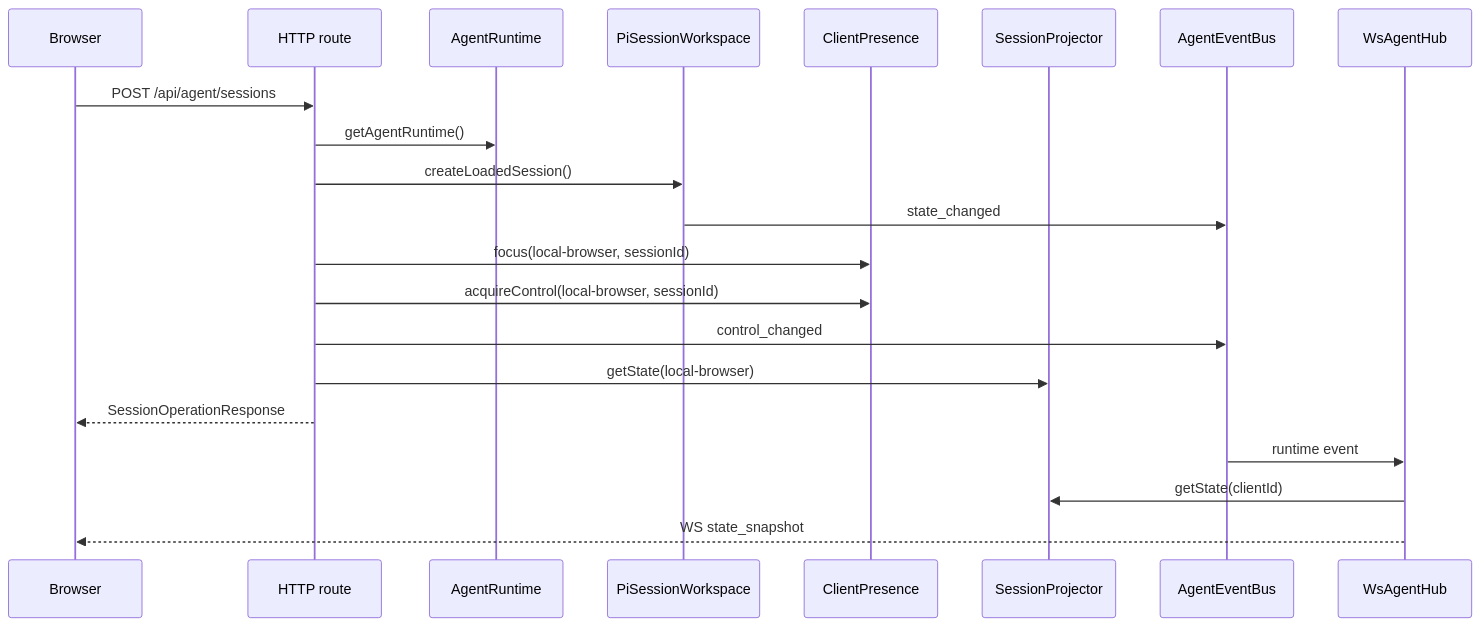
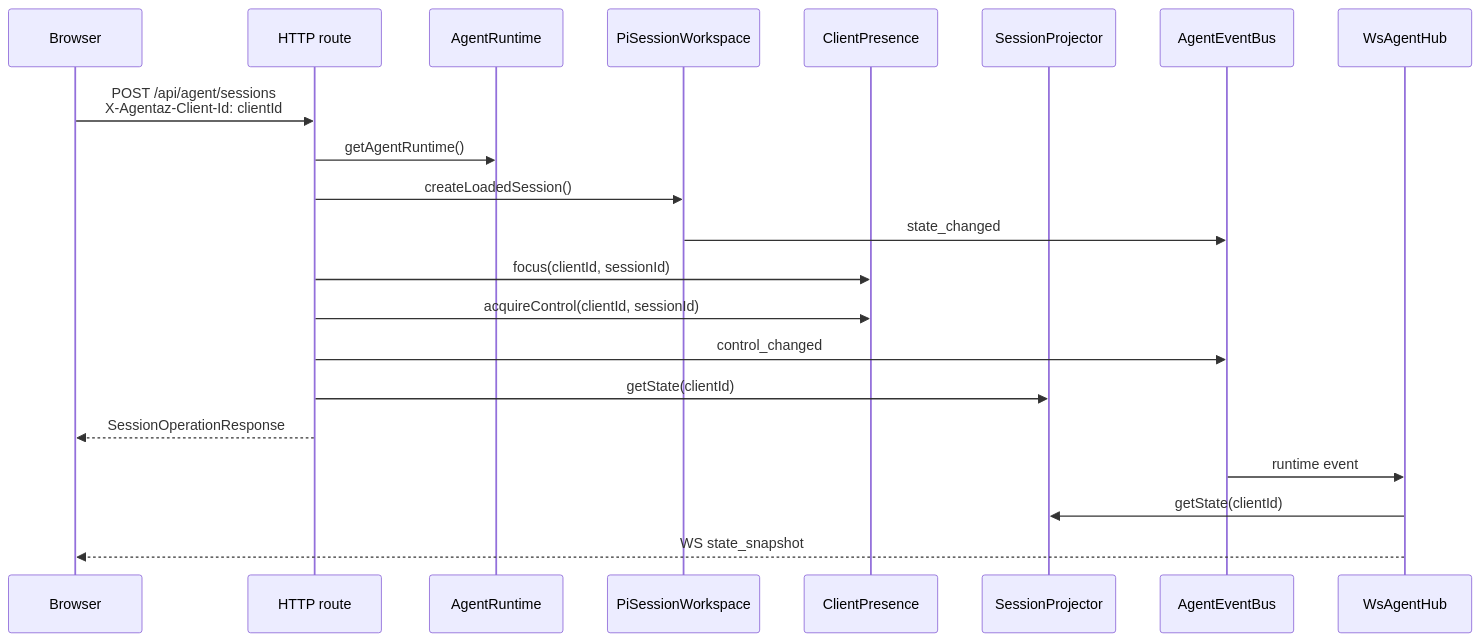
The fourth of 7 diagrams in docs/server-runtime-architecture.md (ZX-Ning/Agentaz), drawn with Mermaid before and after one commit. The commit also changed other lines of this file and 9 other files, not shown here.

````diff
--- a/docs/server-runtime-architecture.md
+++ b/docs/server-runtime-architecture.md
@@ -68,25 +91,25 @@
 ```mermaid
 sequenceDiagram
   participant Browser
   participant Route as HTTP route
   participant Runtime as AgentRuntime
   participant Workspace as PiSessionWorkspace
   participant Presence as ClientPresence
   participant Projector as SessionProjector
   participant Bus as AgentEventBus
   participant Hub as WsAgentHub
 
-  Browser->>Route: POST /api/agent/sessions
+  Browser->>Route: POST /api/agent/sessions<br/>X-Agentaz-Client-Id: clientId
   Route->>Runtime: getAgentRuntime()
   Route->>Workspace: createLoadedSession()
   Workspace->>Bus: state_changed
-  Route->>Presence: focus(local-browser, sessionId)
-  Route->>Presence: acquireControl(local-browser, sessionId)
+  Route->>Presence: focus(clientId, sessionId)
+  Route->>Presence: acquireControl(clientId, sessionId)
   Route->>Bus: control_changed
-  Route->>Projector: getState(local-browser)
+  Route->>Projector: getState(clientId)
   Route-->>Browser: SessionOperationResponse
 
   Bus->>Hub: runtime event
   Hub->>Projector: getState(clientId)
   Hub-->>Browser: WS state_snapshot
 ```
````
